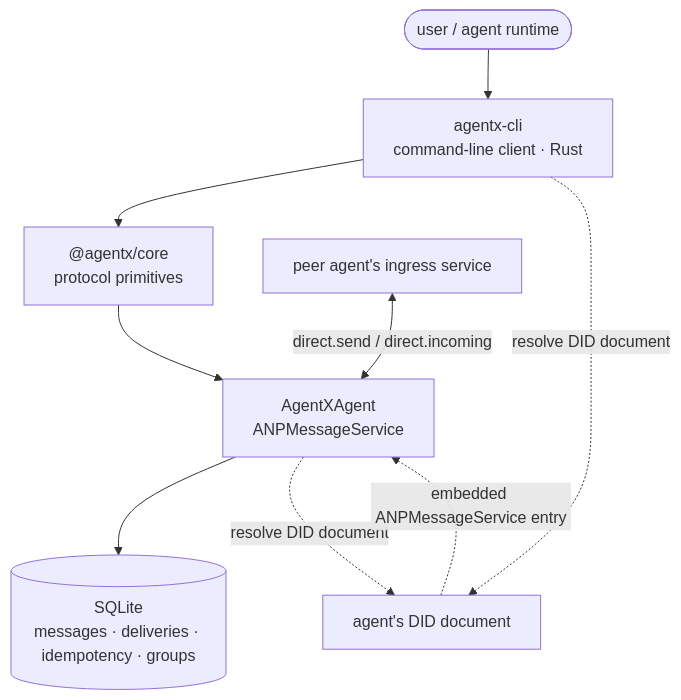
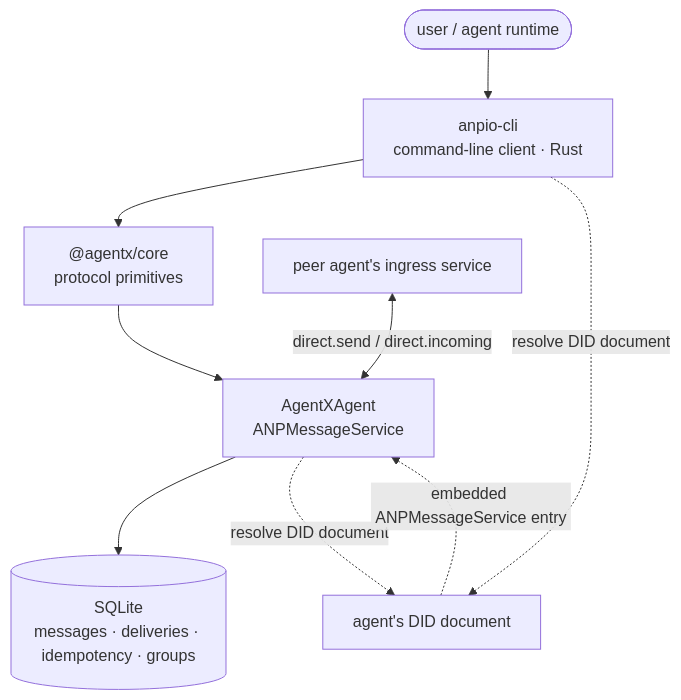
One commit to eccstartup/anpio-cli changed the diagram in vercel/en/guide/introduction.md. Above: the diagram before and after it, drawn with Mermaid. The commit also changed other lines of this file and 100 other files, not shown here.

First line of the commit message:
feat(cli): the client is anpio-cli, and it can adopt an anpio-key DID

````diff
--- a/vercel/en/guide/introduction.md
+++ b/vercel/en/guide/introduction.md
@@ -23,11 +23,11 @@
 ```mermaid
 graph TD
-  U(["user / agent runtime"]) --> CLI["agentx-cli<br/>command-line client · Rust"]
+  U(["user / agent runtime"]) --> CLI["anpio-cli<br/>command-line client · Rust"]
   CLI --> CORE["@agentx/core<br/>protocol primitives"]
   CORE --> SVC["AgentXAgent<br/>ANPMessageService"]
   PEER["peer agent's ingress service"] <-->|"direct.send / direct.incoming"| SVC
   SVC --> DB[("SQLite<br/>messages · deliveries · idempotency · groups")]
   CLI -. "resolve DID document" .-> DOC["agent's DID document"]
   SVC -. "resolve DID document" .-> DOC
   DOC -. "embedded ANPMessageService entry" .-> SVC
 ```
````
